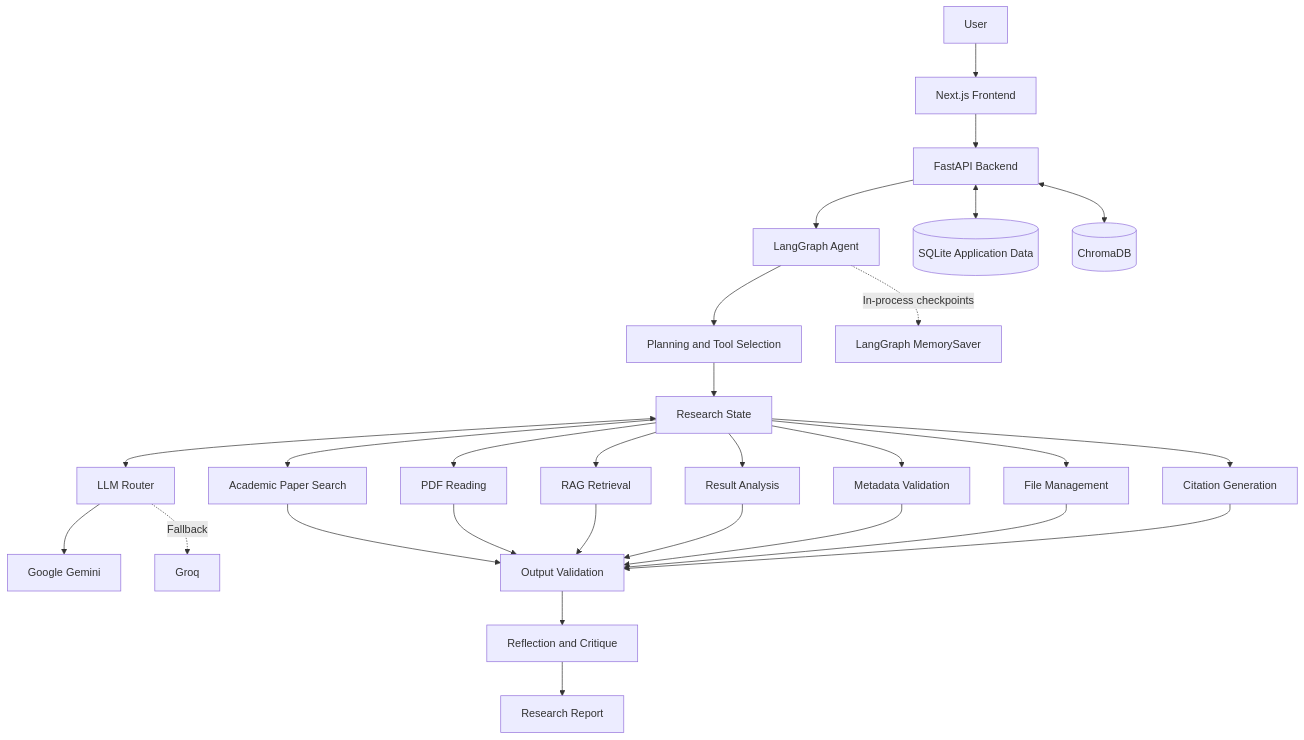
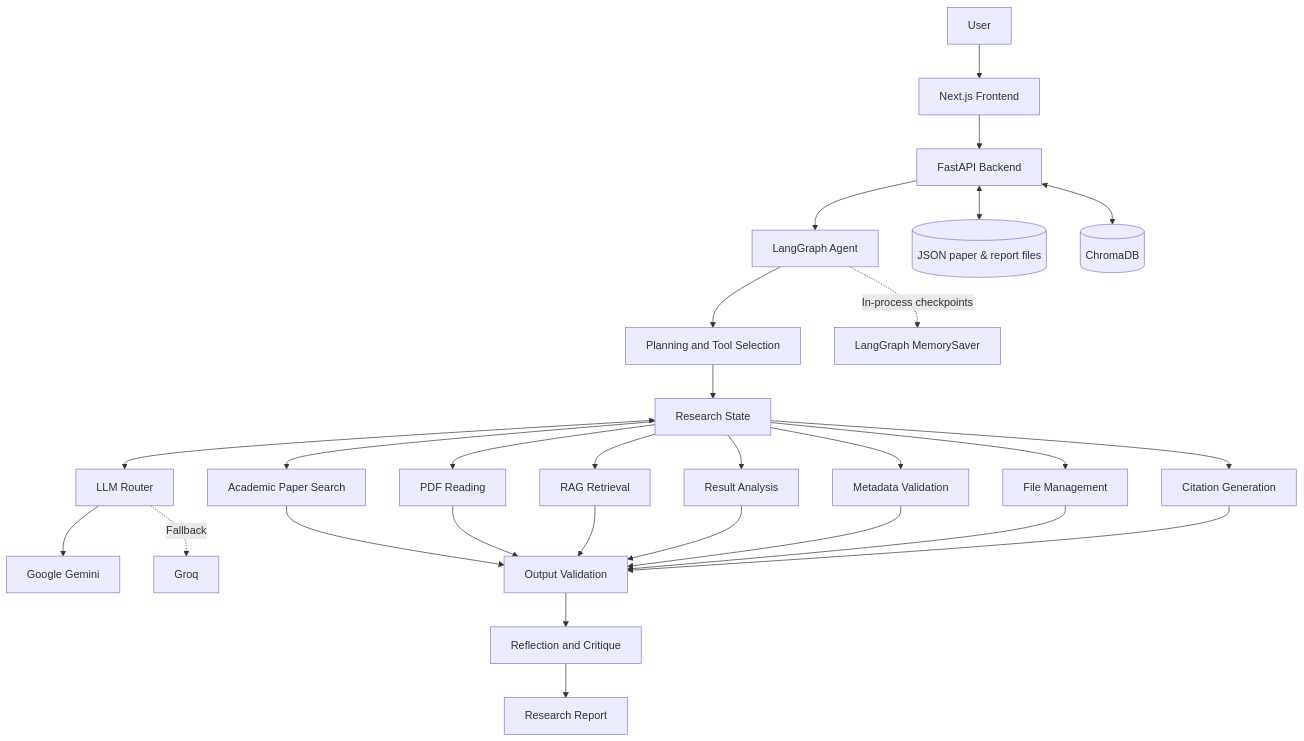
One commit to yeezyyoba/AIRA changed the diagram in README.md. Above: the diagram before and after it, drawn with Mermaid. The commit also changed other lines of this file and 57 other files, not shown here.

````diff
--- a/README.md
+++ b/README.md
@@ -30,36 +30,36 @@
 ```mermaid
 flowchart TD
     U[User] --> F[Next.js Frontend]
     F --> API[FastAPI Backend]
     API --> G[LangGraph Agent]
 
     G --> P[Planning and Tool Selection]
     P --> S[Research State]
     S <--> L[LLM Router]
 
     L --> GM[Google Gemini]
     L -. Fallback .-> GR[Groq]
 
     S --> T1[Academic Paper Search]
     S --> T2[PDF Reading]
     S --> T3[RAG Retrieval]
     S --> T4[Result Analysis]
     S --> T5[Metadata Validation]
     S --> T6[File Management]
     S --> T7[Citation Generation]
 
     T1 --> V[Output Validation]
     T2 --> V
     T3 --> V
     T4 --> V
     T5 --> V
     T6 --> V
     T7 --> V
 
     V --> R[Reflection and Critique]
     R --> D[Research Report]
 
-    API <--> DB[(SQLite Application Data)]
+    API <--> DB[(JSON paper & report files)]
     API <--> CH[(ChromaDB)]
     G -. In-process checkpoints .-> MS[LangGraph MemorySaver]
 ```
````
